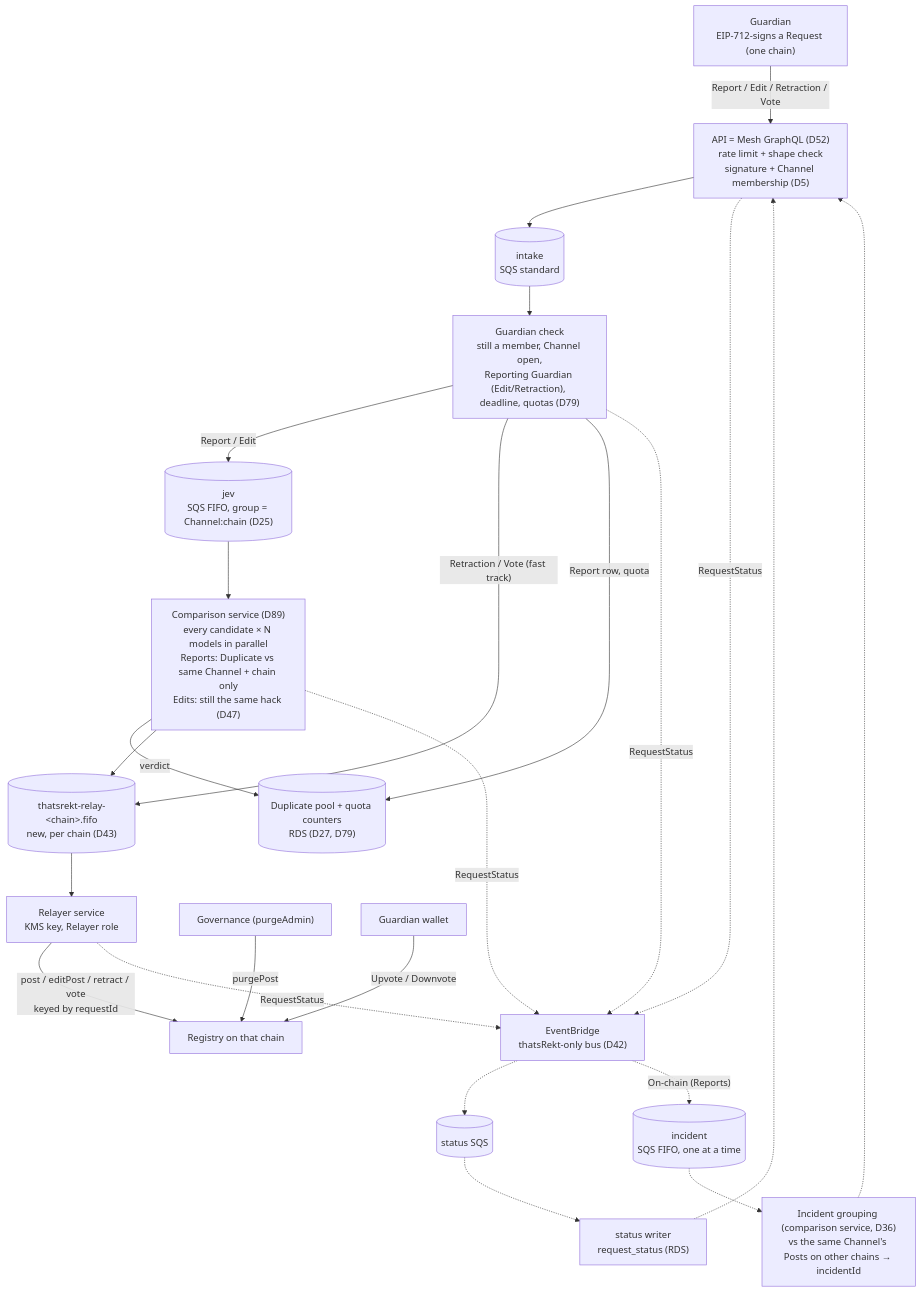
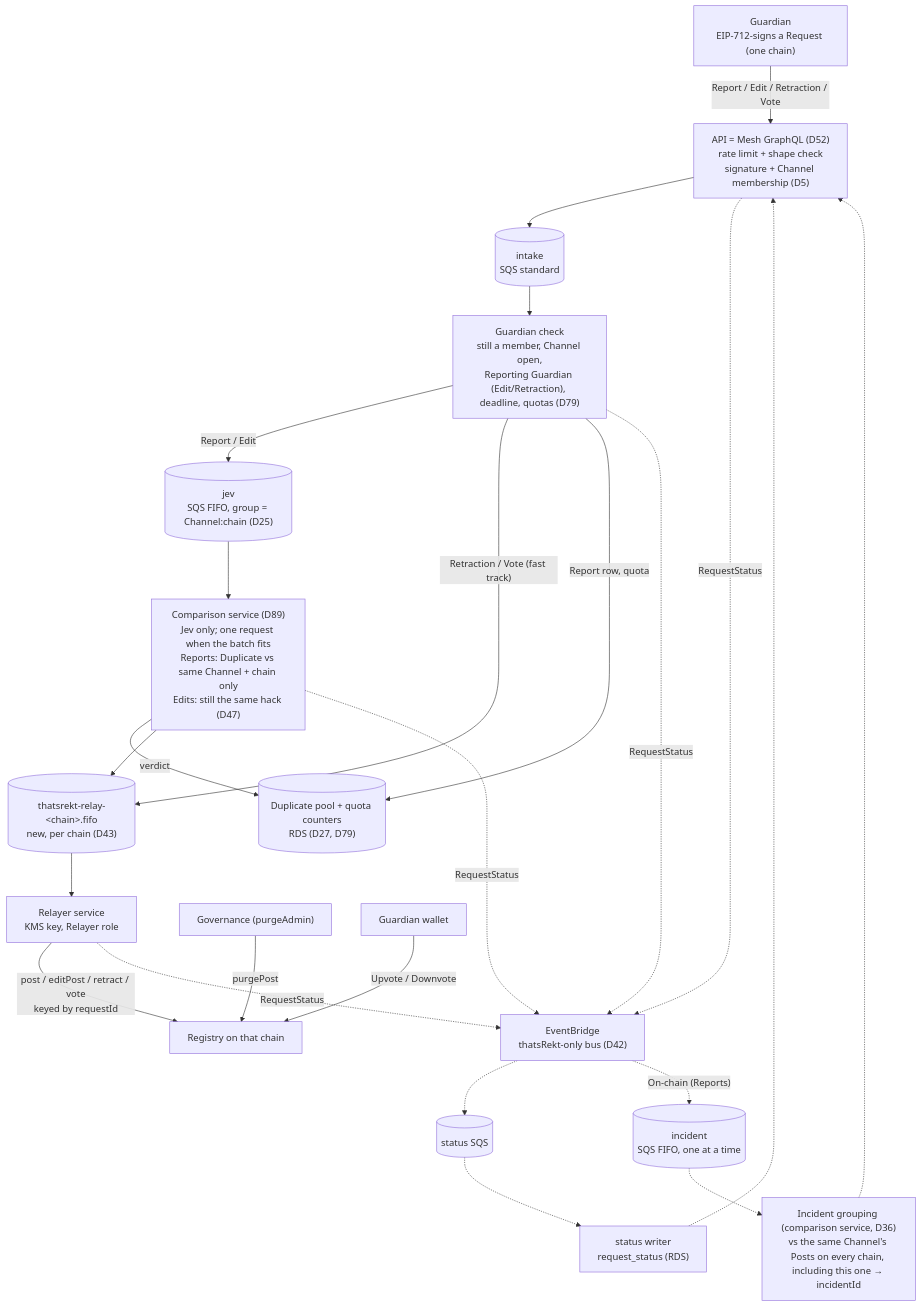
The second of 3 diagrams in docs/intake-redesign.md (ThatsRekt/thatsRekt), drawn with Mermaid before and after one commit. The commit also changed other lines of this file and 2 other files, not shown here.

First line of the commit message:
docs(intake): lock Jerry pass-2 answers — Jev only, accepted-only pool

````diff
--- a/docs/intake-redesign.md
+++ b/docs/intake-redesign.md
@@ -51,22 +51,22 @@
 ```mermaid
 flowchart TD
   G["Guardian<br/>EIP-712-signs a Request (one chain)"] -->|"Report / Edit / Retraction / Vote"| API["API = Mesh GraphQL (D52)<br/>rate limit + shape check<br/>signature + Channel membership (D5)"]
   API --> QI[("intake<br/>SQS standard")]
   QI --> GC["Guardian check<br/>still a member, Channel open,<br/>Reporting Guardian (Edit/Retraction), deadline, quotas (D79)"]
   GC -->|"Report / Edit"| QJ[("jev<br/>SQS FIFO, group = Channel:chain (D25)")]
   GC -->|"Retraction / Vote (fast track)"| QR
   GC -->|"Report row, quota"| POOL[("Duplicate pool + quota counters<br/>RDS (D27, D79)")]
-  QJ --> JEV["Comparison service (D89)<br/>every candidate × N models in parallel<br/>Reports: Duplicate vs same Channel + chain only<br/>Edits: still the same hack (D47)"]
+  QJ --> JEV["Comparison service (D89)<br/>Jev only; one request when the batch fits<br/>Reports: Duplicate vs same Channel + chain only<br/>Edits: still the same hack (D47)"]
   JEV -->|"verdict"| POOL
   JEV --> QR[("thatsrekt-relay-&lt;chain&gt;.fifo<br/>new, per chain (D43)")]
   QR --> RS["Relayer service<br/>KMS key, Relayer role"]
   RS -->|"post / editPost / retract / vote<br/>keyed by requestId"| C["Registry on that chain"]
   GOV["Governance (purgeAdmin)"] -->|"purgePost"| C
   GW["Guardian wallet"] -->|"Upvote / Downvote"| C
   API & GC & JEV & RS -.->|"RequestStatus"| BUS["EventBridge<br/>thatsRekt-only bus (D42)"]
   BUS -.-> QS[("status SQS")] -.-> SW["status writer<br/>request_status (RDS)"]
   SW -.-> API
   BUS -.->|"On-chain (Reports)"| QN[("incident<br/>SQS FIFO, one at a time")]
-  QN -.-> INC["Incident grouping (comparison service, D36)<br/>vs the same Channel's Posts on other chains → incidentId"]
+  QN -.-> INC["Incident grouping (comparison service, D36)<br/>vs the same Channel's Posts on every chain, including this one → incidentId"]
   INC -.-> API
 ```
````
